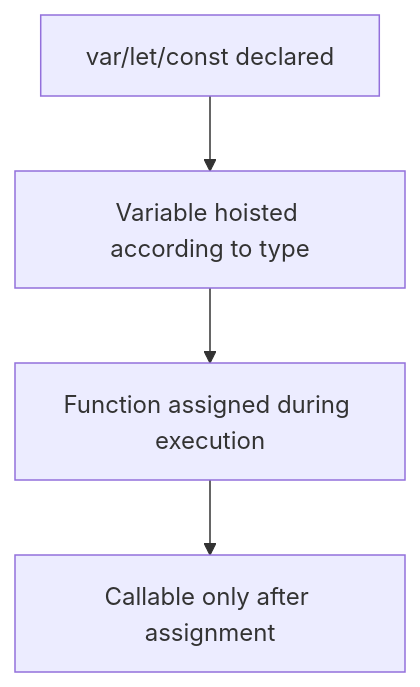
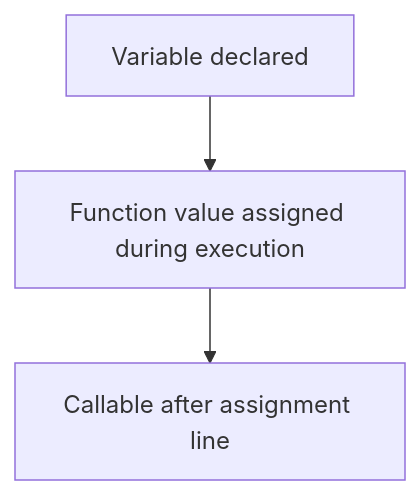
Diagram 11 of 14 in JavaScript-Beginners-Guide.md (AbhishekDhone7/javascript-git-basics), drawn with Mermaid before and after one commit. The commit also changed other lines of this file and 1 other file, not shown here.

````diff
--- a/JavaScript-Beginners-Guide.md
+++ b/JavaScript-Beginners-Guide.md
@@ -828,6 +839,5 @@
 ```mermaid
 flowchart TD
-A[var/let/const declared] --> B[Variable hoisted according to type]
-B --> C[Function assigned during execution]
-C --> D[Callable only after assignment]
+A[Variable declared] --> B[Function value assigned during execution]
+B --> C[Callable after assignment line]
 ```
````
